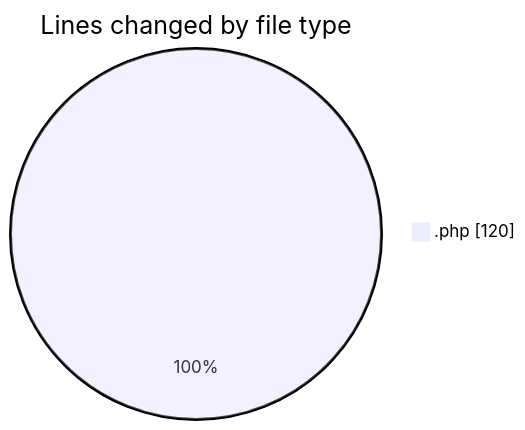
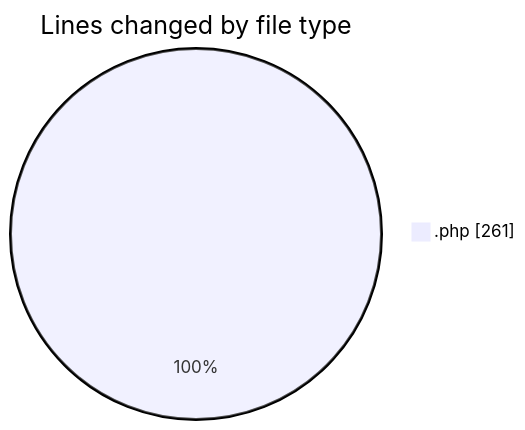
The first of 2 diagrams in 2026-09-09/web/README.md (LanceThiago/code-tracking), drawn with Mermaid before and after one commit. The commit also changed other lines of this file and 1 other file, not shown here.

````diff
--- a/2026-09-09/web/README.md
+++ b/2026-09-09/web/README.md
@@ -20,5 +21,5 @@
 ```mermaid
 pie showData
 title Lines changed by file type
-".php" : 120
+".php" : 261
 ```
````
